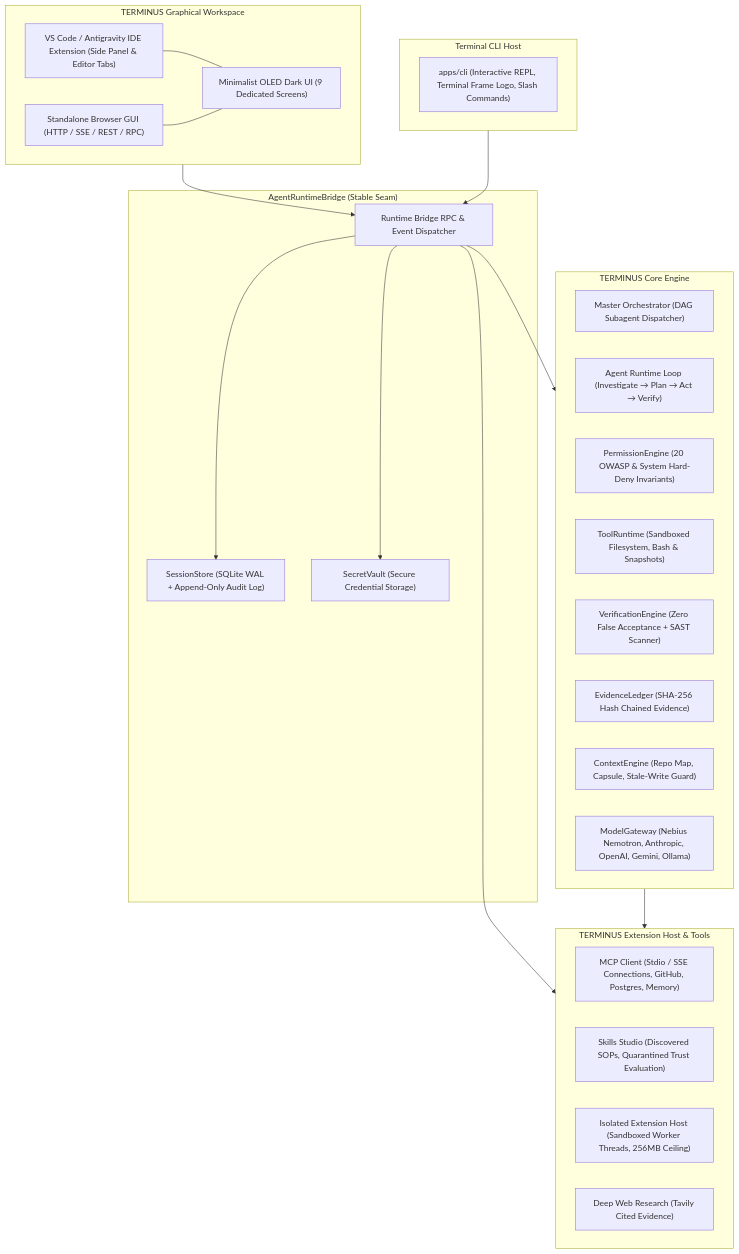
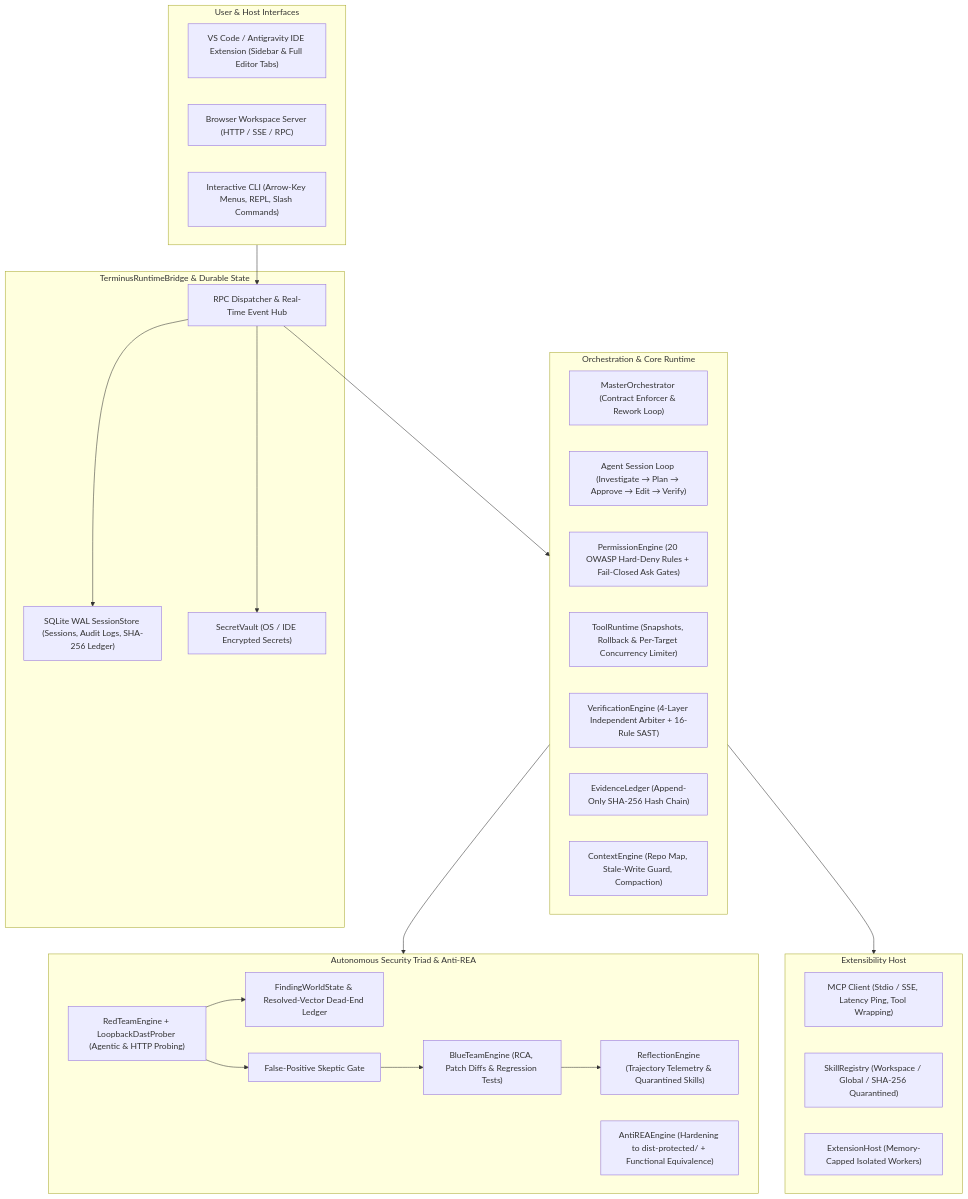
The first of 3 diagrams in README.md (SairajMN/TERMINUS), drawn with Mermaid before and after one commit. The commit also changed other lines of this file and 26 other files, not shown here.

Commit message:
feat(security): add loopback DAST prober, resolved-vector dead-end ledger, skeptic gate, reflection loop, README docs, and bump to v0.4.0

````diff
--- a/README.md
+++ b/README.md
@@ -56,46 +63,50 @@
 ```mermaid
 flowchart TD
-    subgraph GUI["TERMINUS Graphical Workspace"]
-        VS["VS Code / Antigravity IDE Extension (Side Panel & Editor Tabs)"]
-        WEB["Standalone Browser GUI (HTTP / SSE / REST / RPC)"]
-        UI["Minimalist OLED Dark UI (9 Dedicated Screens)"]
-        VS --- UI
-        WEB --- UI
+    subgraph CLIENTS["User & Host Interfaces"]
+        VS["VS Code / Antigravity IDE Extension (Sidebar & Full Editor Tabs)"]
+        WEB["Browser Workspace Server (HTTP / SSE / RPC)"]
+        CLI["Interactive CLI (Arrow-Key Menus, REPL, Slash Commands)"]
     end
 
-    subgraph CLI_HOST["Terminal CLI Host"]
-        CLI["apps/cli (Interactive REPL, Terminal Frame Logo, Slash Commands)"]
+    subgraph BRIDGE["TerminusRuntimeBridge & Durable State"]
+        ARB["RPC Dispatcher & Real-Time Event Hub"]
+        STORE["SQLite WAL SessionStore (Sessions, Audit Logs, SHA-256 Ledger)"]
+        VAULT["SecretVault (OS / IDE Encrypted Secrets)"]
     end
 
-    subgraph BRIDGE["AgentRuntimeBridge (Stable Seam)"]
-        ARB["Runtime Bridge RPC & Event Dispatcher"]
-        STORE["SessionStore (SQLite WAL + Append-Only Audit Log)"]
-        VAULT["SecretVault (Secure Credential Storage)"]
+    subgraph CORE["Orchestration & Core Runtime"]
+        ORCH["MasterOrchestrator (Contract Enforcer & Rework Loop)"]
+        AGENT["Agent Session Loop (Investigate → Plan → Approve → Edit → Verify)"]
+        PERM["PermissionEngine (20 OWASP Hard-Deny Rules + Fail-Closed Ask Gates)"]
+        TOOLS["ToolRuntime (Snapshots, Rollback & Per-Target Concurrency Limiter)"]
+        VERIFY["VerificationEngine (4-Layer Independent Arbiter + 16-Rule SAST)"]
+        LEDGER["EvidenceLedger (Append-Only SHA-256 Hash Chain)"]
+        CONTEXT["ContextEngine (Repo Map, Stale-Write Guard, Compaction)"]
     end
 
-    subgraph CORE["TERMINUS Core Engine"]
-        ORCH["Master Orchestrator (DAG Subagent Dispatcher)"]
-        RUNTIME["Agent Runtime Loop (Investigate → Plan → Act → Verify)"]
-        PERM["PermissionEngine (20 OWASP & System Hard-Deny Invariants)"]
-        TOOLS["ToolRuntime (Sandboxed Filesystem, Bash & Snapshots)"]
-        VERIFY["VerificationEngine (Zero False Acceptance + SAST Scanner)"]
-        LEDGER["EvidenceLedger (SHA-256 Hash Chained Evidence)"]
-        CONTEXT["ContextEngine (Repo Map, Capsule, Stale-Write Guard)"]
-        GATEWAY["ModelGateway (Nebius Nemotron, Anthropic, OpenAI, Gemini, Ollama)"]
+    subgraph SECURITY["Autonomous Security Triad & Anti-REA"]
+        RED["RedTeamEngine + LoopbackDastProber (Agentic & HTTP Probing)"]
+        WORLD["FindingWorldState & Resolved-Vector Dead-End Ledger"]
+        SKEPTIC["False-Positive Skeptic Gate"]
+        BLUE["BlueTeamEngine (RCA, Patch Diffs & Regression Tests)"]
+        REFL["ReflectionEngine (Trajectory Telemetry & Quarantined Skills)"]
+        ARE["AntiREAEngine (Hardening to dist-protected/ + Functional Equivalence)"]
     end
 
-    subgraph EXTENSIONS["TERMINUS Extension Host & Tools"]
-        MCP["MCP Client (Stdio / SSE Connections, GitHub, Postgres, Memory)"]
-        SKILLS["Skills Studio (Discovered SOPs, Quarantined Trust Evaluation)"]
-        HOST["Isolated Extension Host (Sandboxed Worker Threads, 256MB Ceiling)"]
-        RESEARCH["Deep Web Research (Tavily Cited Evidence)"]
+    subgraph EXT["Extensibility Host"]
+        MCP["MCP Client (Stdio / SSE, Latency Ping, Tool Wrapping)"]
+        SKILLS["SkillRegistry (Workspace / Global / SHA-256 Quarantined)"]
+        HOST["ExtensionHost (Memory-Capped Isolated Workers)"]
     end
 
-    GUI --> ARB
-    CLI_HOST --> ARB
-    ARB --> CORE
-    ARB --> EXTENSIONS
+    CLIENTS --> ARB
     ARB --> STORE
     ARB --> VAULT
-    CORE --> EXTENSIONS
+    ARB --> CORE
+    CORE --> SECURITY
+    CORE --> EXT
+    RED --> WORLD
+    RED --> SKEPTIC
+    SKEPTIC --> BLUE
+    BLUE --> REFL
 ```
````
